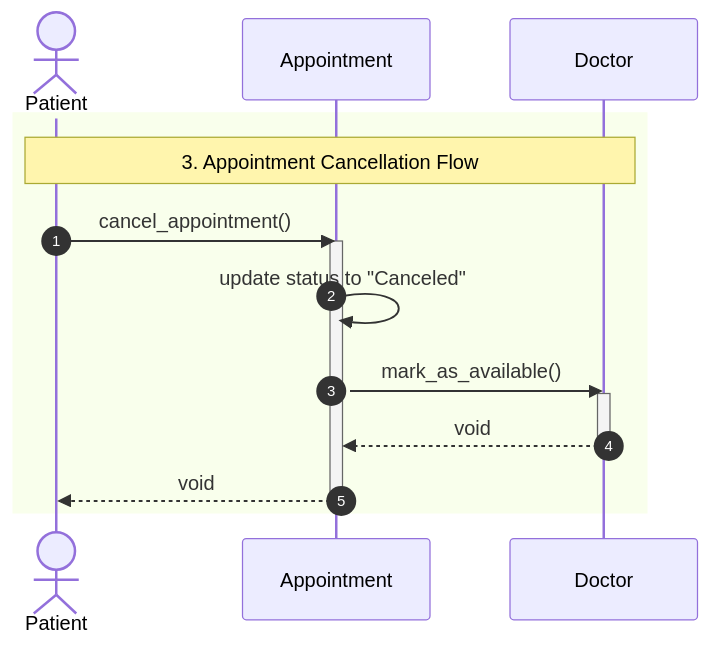
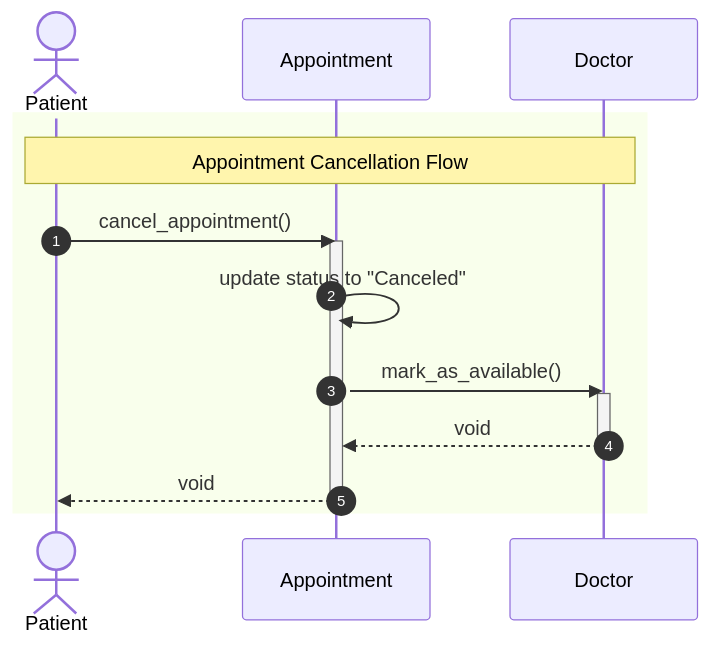
Before and after one commit to akanazi0/UML-design-lab: the diagram in Cancellation_Sequence_diagram.mmd, drawn with Mermaid.

Commit message:
Refine note content in Cancellation sequence diagram

```diff
--- a/Cancellation_Sequence_diagram.mmd
+++ b/Cancellation_Sequence_diagram.mmd
@@ -1,21 +1,21 @@
 sequenceDiagram
     autonumber
     actor P as Patient
     participant A as Appointment
     participant D as Doctor
 
     rect
-        note over P, D: 3. Appointment Cancellation Flow
+        note over P, D: Appointment Cancellation Flow
         P->>A: cancel_appointment()
         activate A
 
         A->>A: update status to "Canceled"
 
         A->>D: mark_as_available()
         activate D
         D-->>A: void
         deactivate D
 
         A-->>P: void
         deactivate A
     end
```
